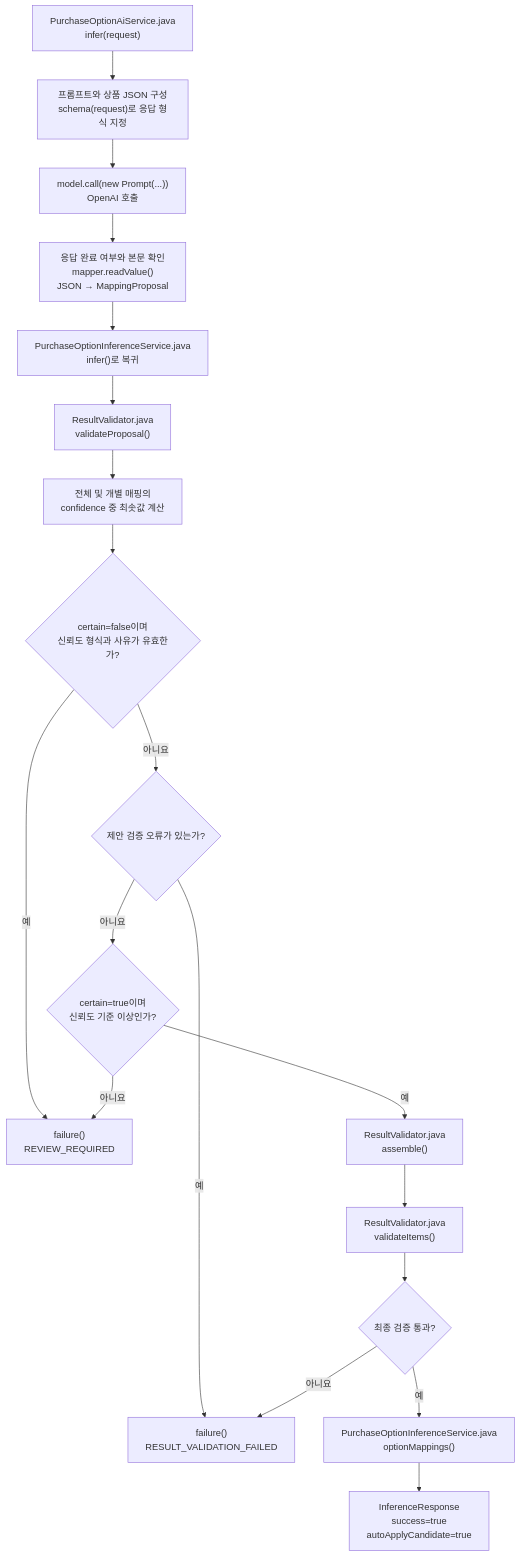
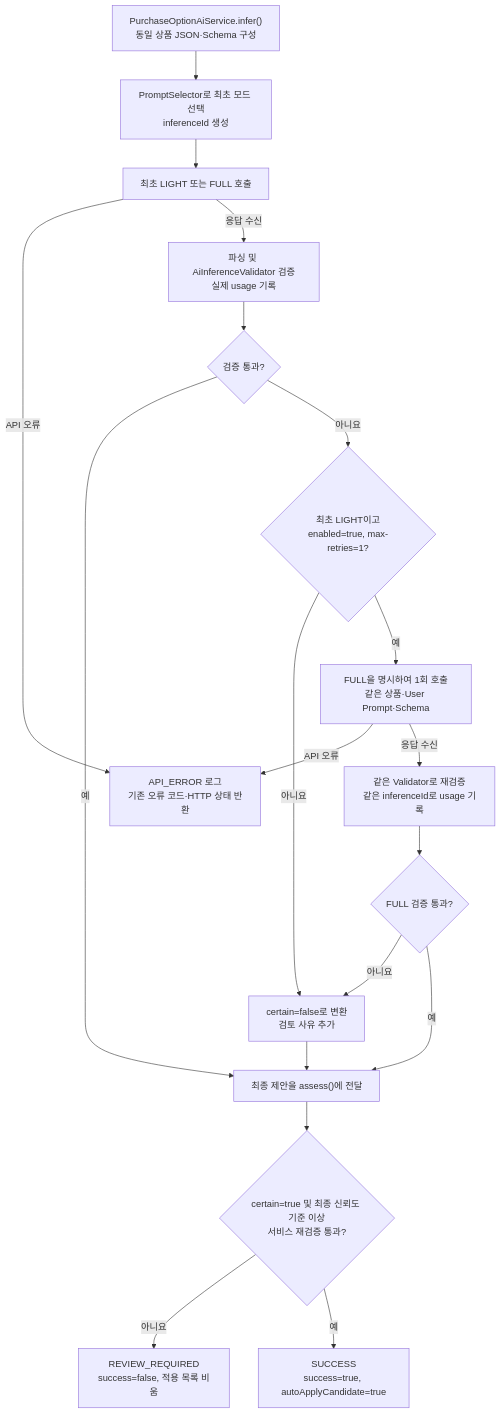
One commit to sosobox2-cyber/ai-agent-service changed the third of 4 diagrams in docs/project-flow.md. Above: the diagram before and after it, drawn with Mermaid. The commit also changed other lines of this file and 33 other files, not shown here.

First line of the commit message:
상품 구성 기반 추론과 LIGHT·FULL 재추론 및 API 문서 추가

````diff
--- a/docs/project-flow.md
+++ b/docs/project-flow.md
@@ -245,21 +250,21 @@
 ```mermaid
 flowchart TD
-    A["PurchaseOptionAiService.java<br/>infer(request)"] --> B["프롬프트와 상품 JSON 구성<br/>schema(request)로 응답 형식 지정"]
-    B --> C["model.call(new Prompt(...))<br/>OpenAI 호출"]
-    C --> D["응답 완료 여부와 본문 확인<br/>mapper.readValue()<br/>JSON → MappingProposal"]
-    D --> E["PurchaseOptionInferenceService.java<br/>infer()로 복귀"]
-    E --> F["ResultValidator.java<br/>validateProposal()"]
-    F --> G["전체 및 개별 매핑의<br/>confidence 중 최솟값 계산"]
-    G --> H{"certain=false이며<br/>신뢰도 형식과 사유가 유효한가?"}
-    H -->|예| R["failure()<br/>REVIEW_REQUIRED"]
-    H -->|아니요| I{"제안 검증 오류가 있는가?"}
-    I -->|예| V["failure()<br/>RESULT_VALIDATION_FAILED"]
-    I -->|아니요| J{"certain=true이며<br/>신뢰도 기준 이상인가?"}
-    J -->|아니요| R
-    J -->|예| K["ResultValidator.java<br/>assemble()"]
-    K --> L["ResultValidator.java<br/>validateItems()"]
-    L --> M{"최종 검증 통과?"}
-    M -->|아니요| V
-    M -->|예| N["PurchaseOptionInferenceService.java<br/>optionMappings()"]
-    N --> O["InferenceResponse<br/>success=true<br/>autoApplyCandidate=true"]
+    A["PurchaseOptionAiService.infer()<br/>동일 상품 JSON·Schema 구성"] --> B["PromptSelector로 최초 모드 선택<br/>inferenceId 생성"]
+    B --> C["최초 LIGHT 또는 FULL 호출"]
+    C -->|API 오류| X["API_ERROR 로그<br/>기존 오류 코드·HTTP 상태 반환"]
+    C -->|응답 수신| D["파싱 및 AiInferenceValidator 검증<br/>실제 usage 기록"]
+    D --> E{"검증 통과?"}
+    E -->|예| K["최종 제안을 assess()에 전달"]
+    E -->|아니요| F{"최초 LIGHT이고<br/>enabled=true, max-retries=1?"}
+    F -->|아니요| R["certain=false로 변환<br/>검토 사유 추가"]
+    F -->|예| G["FULL을 명시하여 1회 호출<br/>같은 상품·User Prompt·Schema"]
+    G -->|API 오류| X
+    G -->|응답 수신| H["같은 Validator로 재검증<br/>같은 inferenceId로 usage 기록"]
+    H --> I{"FULL 검증 통과?"}
+    I -->|아니요| R
+    I -->|예| K
+    R --> K
+    K --> L{"certain=true 및 최종 신뢰도 기준 이상<br/>서비스 재검증 통과?"}
+    L -->|아니요| V["REVIEW_REQUIRED<br/>success=false, 적용 목록 비움"]
+    L -->|예| O["SUCCESS<br/>success=true, autoApplyCandidate=true"]
 ```
````
